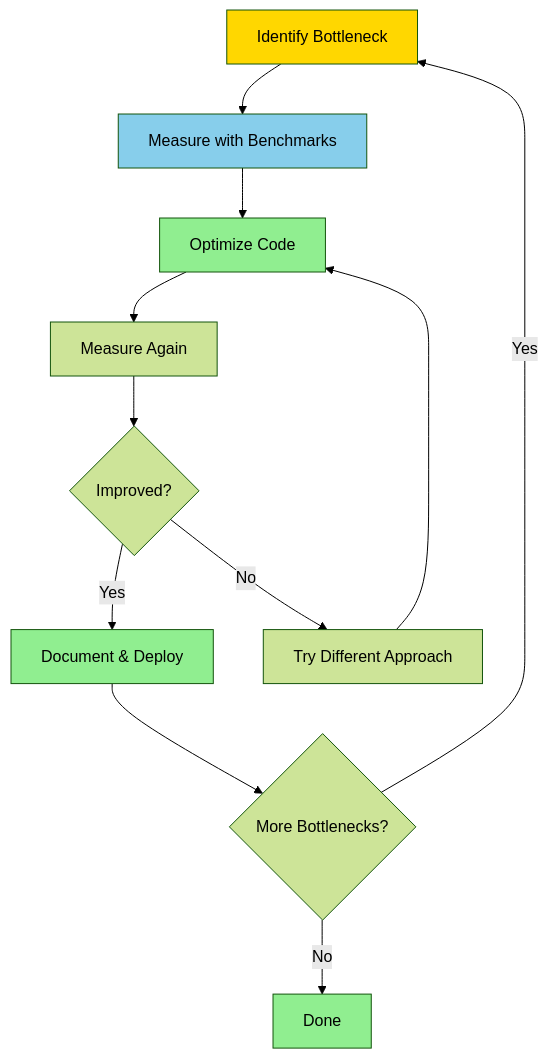
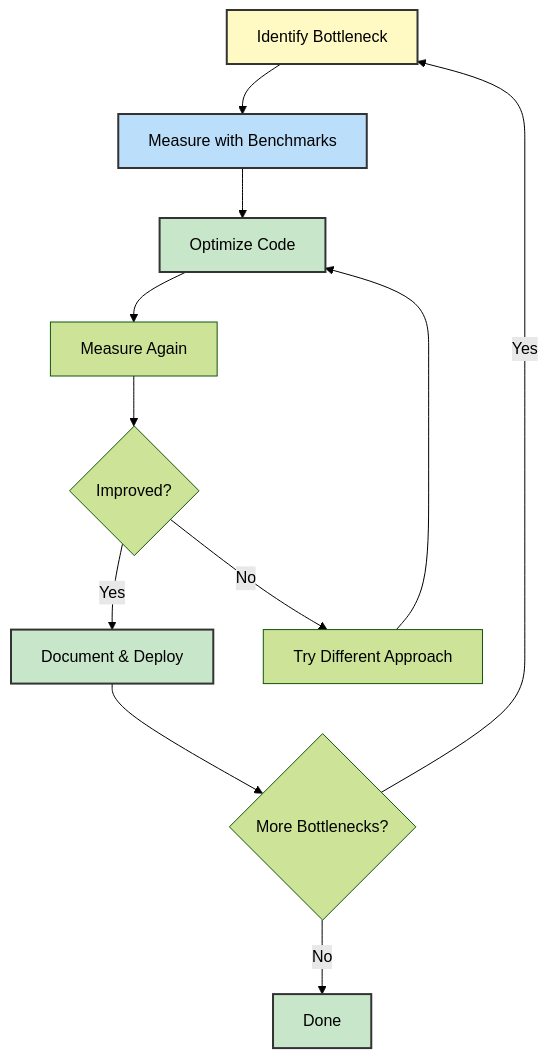
One commit to NguyenPhamCode4You/ai-home-lab-docker-compose changed the first of 2 diagrams in C# fundamentals/day13-performance.md. Above: the diagram before and after it, drawn with Mermaid (forest theme). The commit also changed other lines of this file and 10 other files, not shown here.

````diff
--- a/C# fundamentals/day13-performance.md
+++ b/C# fundamentals/day13-performance.md
@@ -17,21 +17,21 @@
 ```mermaid
 graph TB
     A[Identify Bottleneck] --> B[Measure with Benchmarks]
     B --> C[Optimize Code]
     C --> D[Measure Again]
     D --> E{Improved?}
 
     E -->|Yes| F[Document & Deploy]
     E -->|No| G[Try Different Approach]
     G --> C
 
     F --> H{More Bottlenecks?}
     H -->|Yes| A
     H -->|No| I[Done]
 
-    style A fill:#FFD700
-    style B fill:#87CEEB
-    style C fill:#90EE90
-    style F fill:#90EE90
-    style I fill:#90EE90
+    style A fill:#fff9c4,stroke:#333,stroke-width:2px
+    style B fill:#bbdefb,stroke:#333,stroke-width:2px
+    style C fill:#c8e6c9,stroke:#333,stroke-width:2px
+    style F fill:#c8e6c9,stroke:#333,stroke-width:2px
+    style I fill:#c8e6c9,stroke:#333,stroke-width:2px
 ```
````
